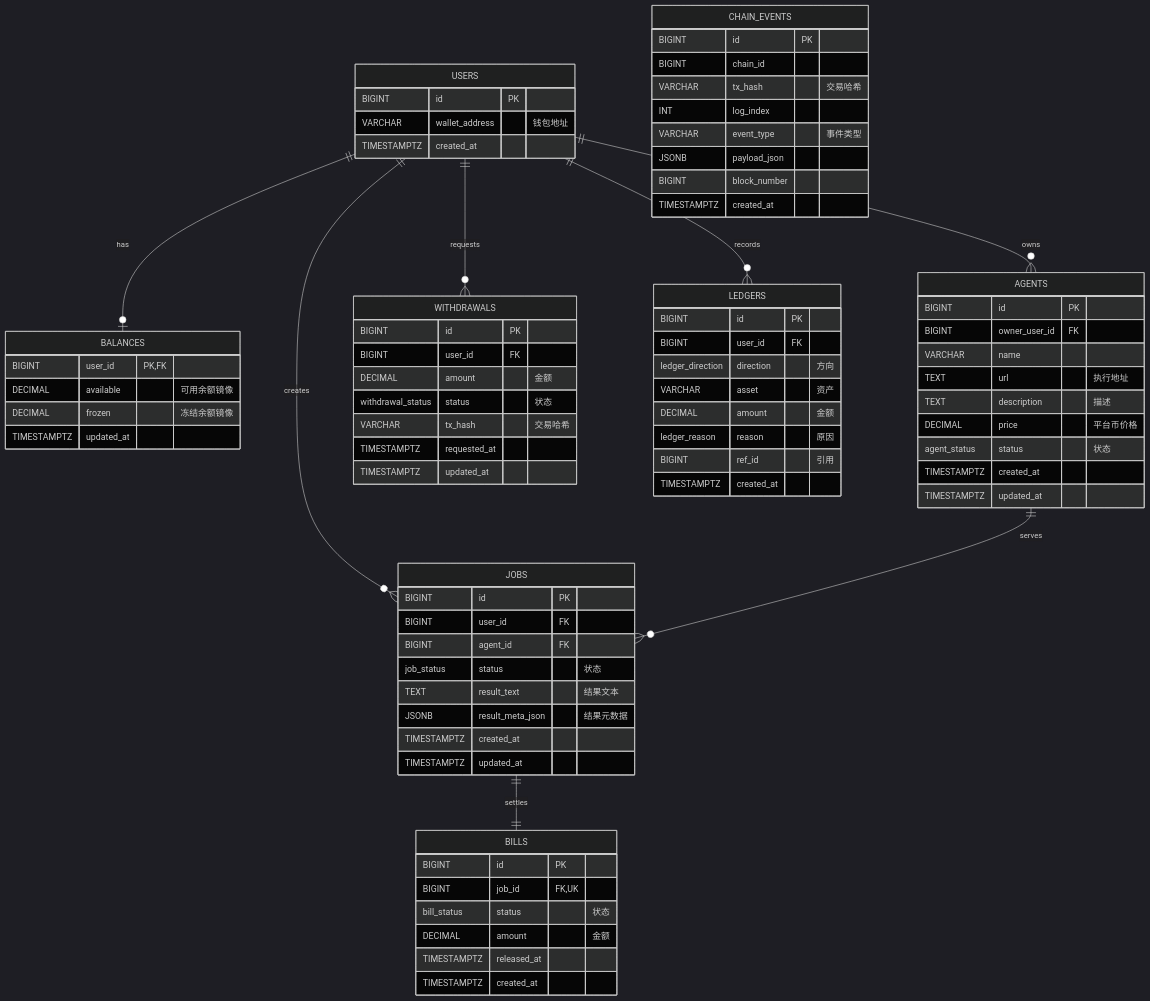
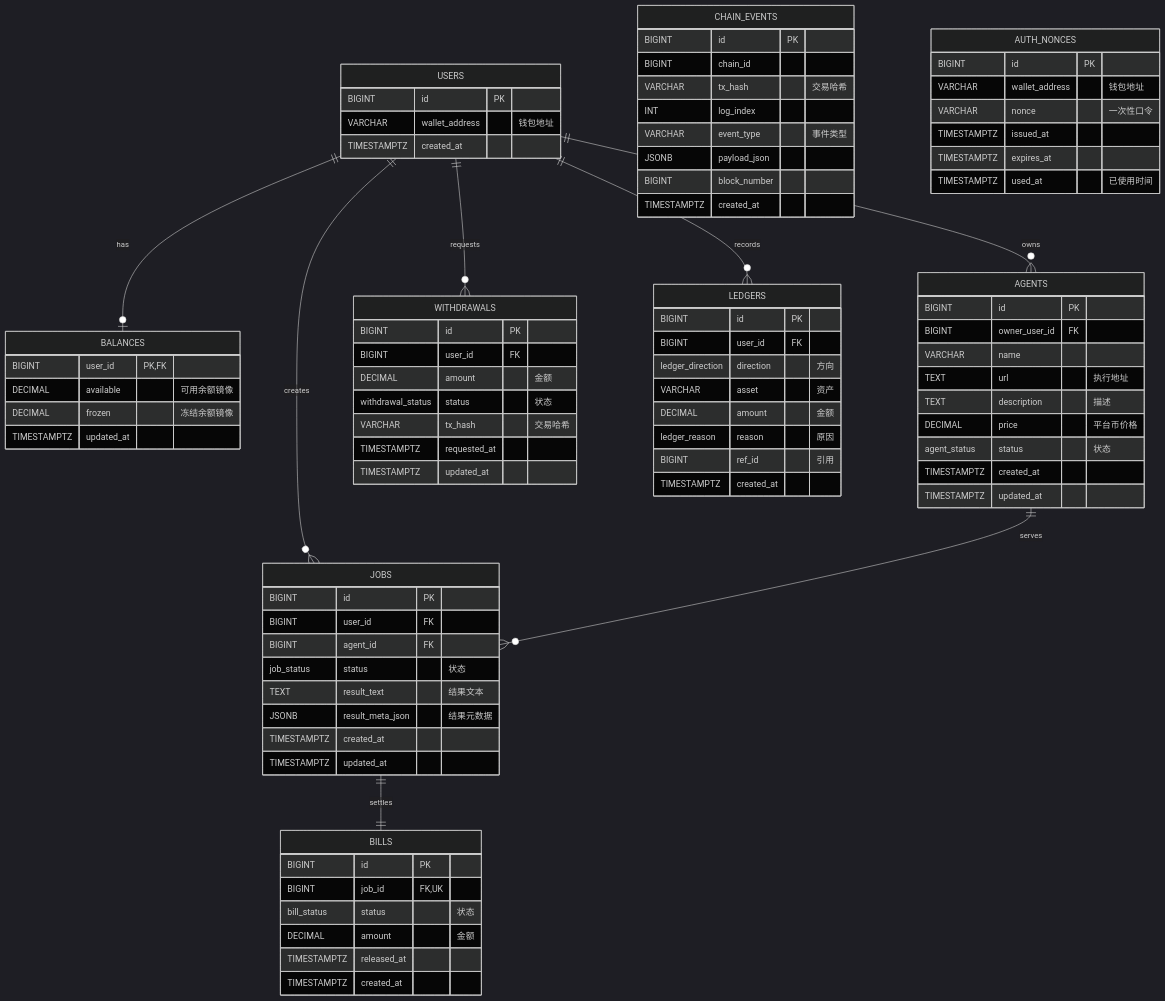
The diagram in docs/database.md (Mickxuanyuan/agent-market-web3), drawn with Mermaid (dark theme) before and after one commit. The commit also changed other lines of this file and 37 other files, not shown here.

````diff
--- a/docs/database.md
+++ b/docs/database.md
@@ -90,4 +90,13 @@
     BIGINT block_number
     TIMESTAMPTZ created_at
   }
+
+  AUTH_NONCES {
+    BIGINT id PK
+    VARCHAR wallet_address "钱包地址"
+    VARCHAR nonce "一次性口令"
+    TIMESTAMPTZ issued_at
+    TIMESTAMPTZ expires_at
+    TIMESTAMPTZ used_at "已使用时间"
+  }
 ```
````
